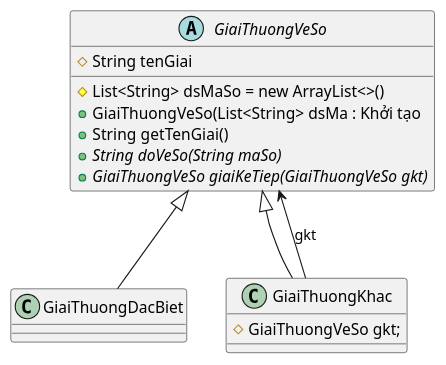
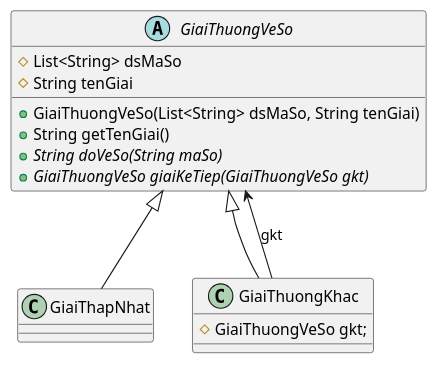
Before and after one commit to TuanKiet1774/Lap-Trinh-Java: the diagram in baitap_cb4/LotteryUML.puml, drawn with PlantUML. The commit also changed 60 other files, not shown here.

```diff
--- a/baitap_cb4/LotteryUML.puml
+++ b/baitap_cb4/LotteryUML.puml
@@ -1,22 +1,22 @@
 @startuml
 'https://plantuml.com/class-diagram
 
 abstract GiaiThuongVeSo{
-    # List<String> dsMaSo = new ArrayList<>()
+    # List<String> dsMaSo
     # String tenGiai
-    + GiaiThuongVeSo(List<String> dsMa : Khởi tạo
+    + GiaiThuongVeSo(List<String> dsMaSo, String tenGiai)
     + String getTenGiai()
     + {abstract} String doVeSo(String maSo)
     + {abstract} GiaiThuongVeSo giaiKeTiep(GiaiThuongVeSo gkt)
 }
 
-class GiaiThuongDacBiet extends GiaiThuongVeSo{
+class GiaiThapNhat extends GiaiThuongVeSo{
 
 }
 
 class GiaiThuongKhac extends GiaiThuongVeSo{
     # GiaiThuongVeSo gkt;
 }
 
 GiaiThuongKhac --> GiaiThuongVeSo: gkt
 @enduml
```
